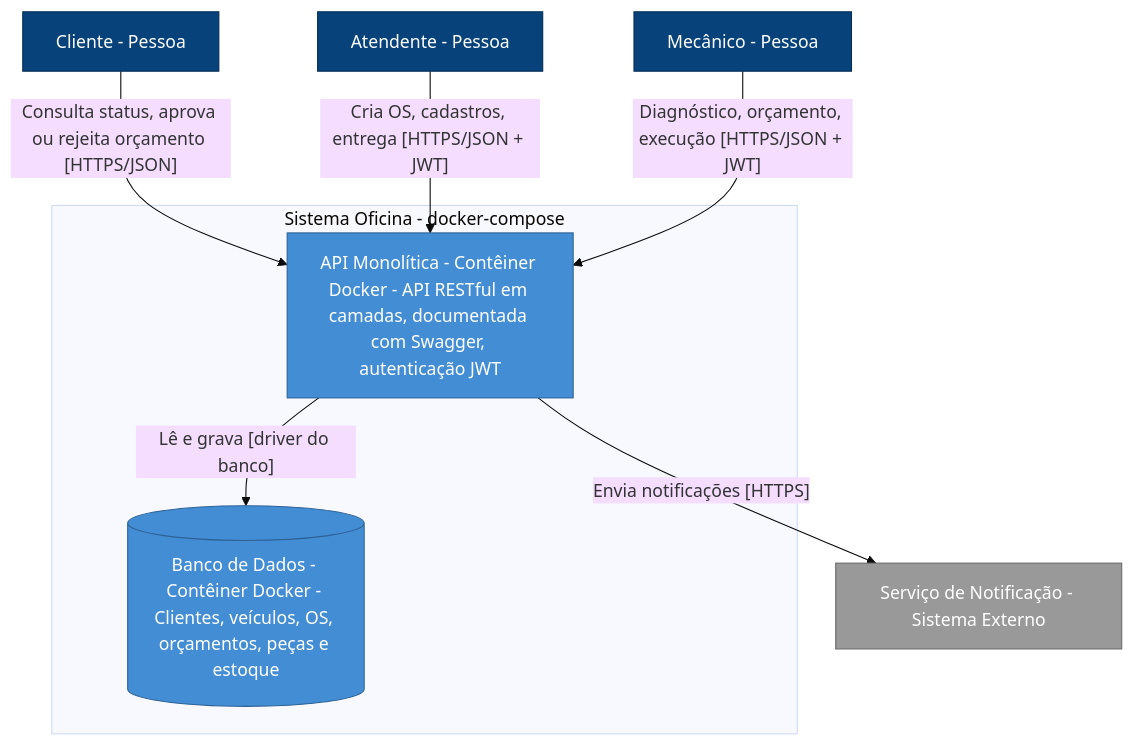
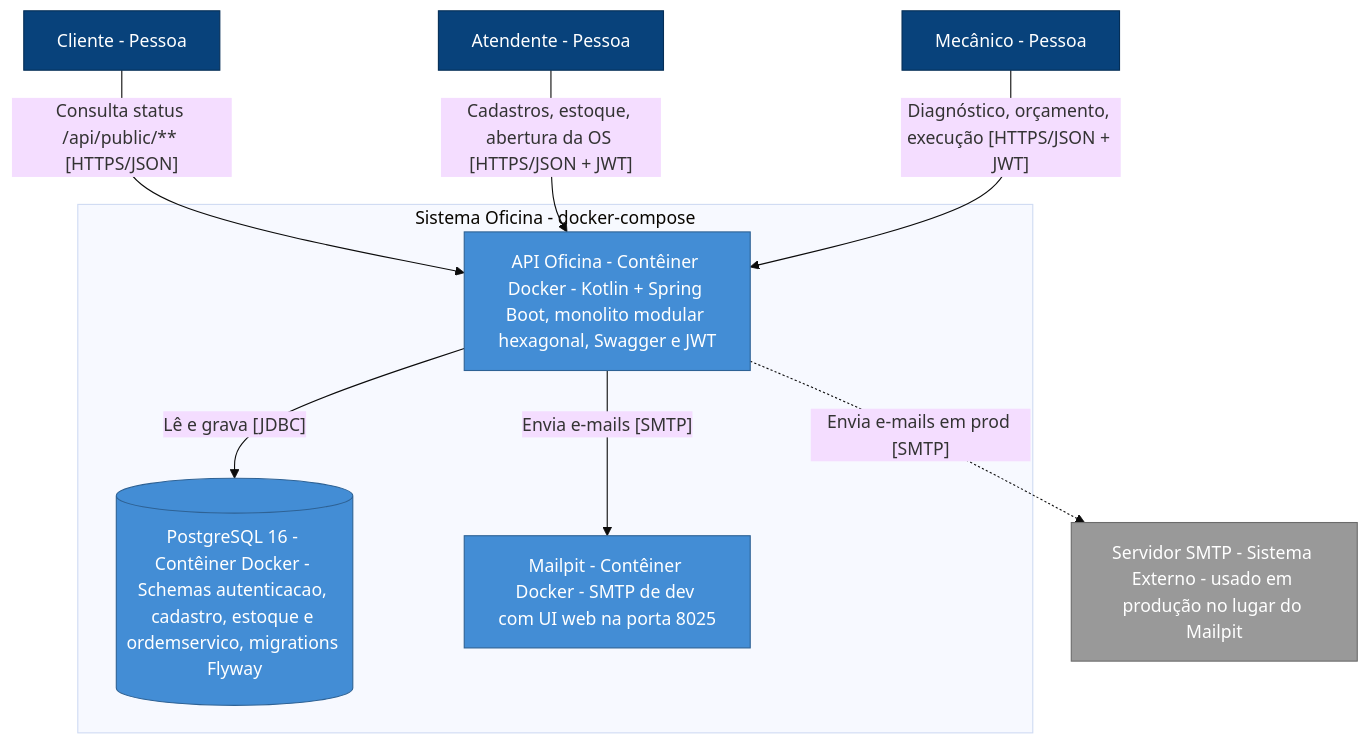
The diagram in docs/c4/c4-nivel2-conteineres.mmd (RafaelCardoso11/SOAT-Fase-1-Tech-Challenge), drawn with Mermaid (base theme) before and after one commit. The commit also changed 5 other files, not shown here.

Commit message:
docs: atualiza README, arquitetura e diagramas C4/DDD ao estado atual (#79)

```diff
--- a/docs/c4/c4-nivel2-conteineres.mmd
+++ b/docs/c4/c4-nivel2-conteineres.mmd
@@ -1,25 +1,27 @@
 %% C4 Nível 2 - Contêineres. Feito como flowchart (e não C4Container) para importar no Miro.
 flowchart TB
     CLI["Cliente - Pessoa"]
     ATD["Atendente - Pessoa"]
     MEC["Mecânico - Pessoa"]
 
     subgraph SYS["Sistema Oficina - docker-compose"]
-        API["API Monolítica - Contêiner Docker - API RESTful em camadas, documentada com Swagger, autenticação JWT"]
-        DB[("Banco de Dados - Contêiner Docker - Clientes, veículos, OS, orçamentos, peças e estoque")]
+        API["API Oficina - Contêiner Docker - Kotlin + Spring Boot, monolito modular hexagonal, Swagger e JWT"]
+        DB[("PostgreSQL 16 - Contêiner Docker - Schemas autenticacao, cadastro, estoque e ordemservico, migrations Flyway")]
+        MAIL["Mailpit - Contêiner Docker - SMTP de dev com UI web na porta 8025"]
     end
 
-    NOT["Serviço de Notificação - Sistema Externo"]
+    SMTP["Servidor SMTP - Sistema Externo - usado em produção no lugar do Mailpit"]
 
-    CLI -- "Consulta status, aprova ou rejeita orçamento [HTTPS/JSON]" --> API
-    ATD -- "Cria OS, cadastros, entrega [HTTPS/JSON + JWT]" --> API
+    CLI -- "Consulta status /api/public/** [HTTPS/JSON]" --> API
+    ATD -- "Cadastros, estoque, abertura da OS [HTTPS/JSON + JWT]" --> API
     MEC -- "Diagnóstico, orçamento, execução [HTTPS/JSON + JWT]" --> API
-    API -- "Lê e grava [driver do banco]" --> DB
-    API -- "Envia notificações [HTTPS]" --> NOT
+    API -- "Lê e grava [JDBC]" --> DB
+    API -- "Envia e-mails [SMTP]" --> MAIL
+    API -. "Envia e-mails em prod [SMTP]" .-> SMTP
 
     classDef pessoa fill:#08427B,stroke:#052E56,color:#fff
     classDef conteiner fill:#438DD5,stroke:#2E6295,color:#fff
     classDef externo fill:#999999,stroke:#6B6B6B,color:#fff
     class CLI,ATD,MEC pessoa
-    class API,DB conteiner
-    class NOT externo
+    class API,DB,MAIL conteiner
+    class SMTP externo
```
